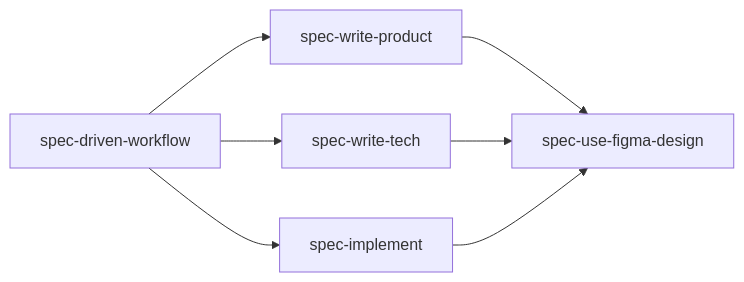
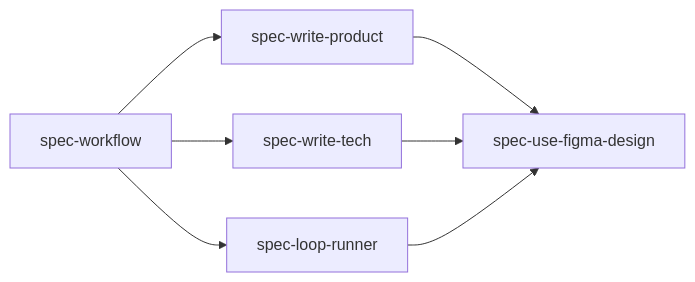
Before and after one commit to ai-x-builder/FastSpec: the diagram in docs/skills.md, drawn with Mermaid. The commit also changed other lines of this file and 27 other files, not shown here.

First line of the commit message:
feat: add LoopSpec loop runner workflow

````diff
--- a/docs/skills.md
+++ b/docs/skills.md
@@ -9,9 +11,9 @@
 ```mermaid
 flowchart LR
-  A["spec-driven-workflow"] --> B["spec-write-product"]
+  A["spec-workflow"] --> B["spec-write-product"]
   A --> C["spec-write-tech"]
-  A --> D["spec-implement"]
-  B --> E["spec-use-figma-design"]
-  C --> E
-  D --> E
+  A --> D["spec-loop-runner"]
+  B --> F["spec-use-figma-design"]
+  C --> F
+  D --> F
 ```
````
